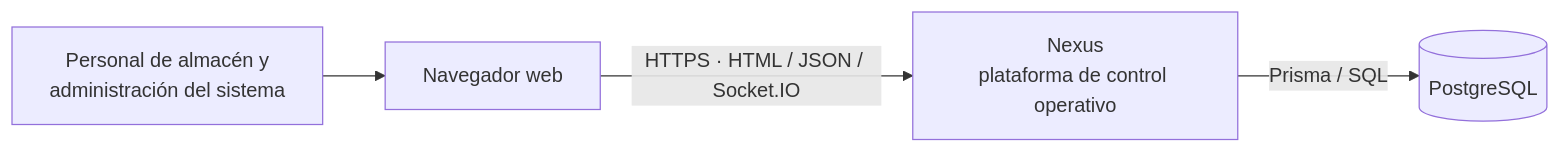
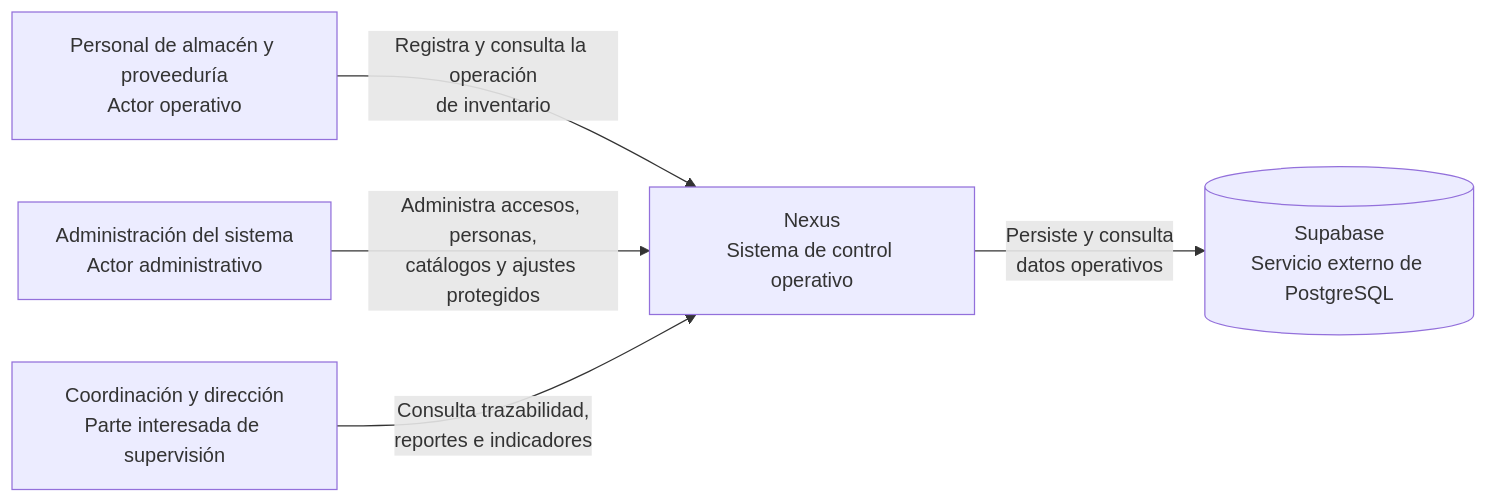
The first of 9 diagrams in docs/architecture-and-web-views.md (gpgsistemas01/nexus), drawn with Mermaid before and after one commit. The commit also changed other lines of this file and 3 other files, not shown here.

````diff
--- a/docs/architecture-and-web-views.md
+++ b/docs/architecture-and-web-views.md
@@ -36,11 +43,13 @@
 ```mermaid
 flowchart LR
-    user["Personal de almacén y<br/>administración del sistema"]
-    browser["Navegador web"]
-    nexus["Nexus<br/>plataforma de control operativo"]
-    postgres[("PostgreSQL")]
+    warehouse["Personal de almacén y proveeduría<br/>Actor operativo"]
+    administration["Administración del sistema<br/>Actor administrativo"]
+    management["Coordinación y dirección<br/>Parte interesada de supervisión"]
+    nexus["Nexus<br/>Sistema de control operativo"]
+    supabase[("Supabase<br/>Servicio externo de PostgreSQL")]
 
-    user --> browser
-    browser -->|"HTTPS · HTML / JSON / Socket.IO"| nexus
-    nexus -->|"Prisma / SQL"| postgres
+    warehouse -->|"Registra y consulta la operación<br/>de inventario"| nexus
+    administration -->|"Administra accesos, personas,<br/>catálogos y ajustes protegidos"| nexus
+    management -->|"Consulta trazabilidad,<br/>reportes e indicadores"| nexus
+    nexus -->|"Persiste y consulta<br/>datos operativos"| supabase
 ```
````
